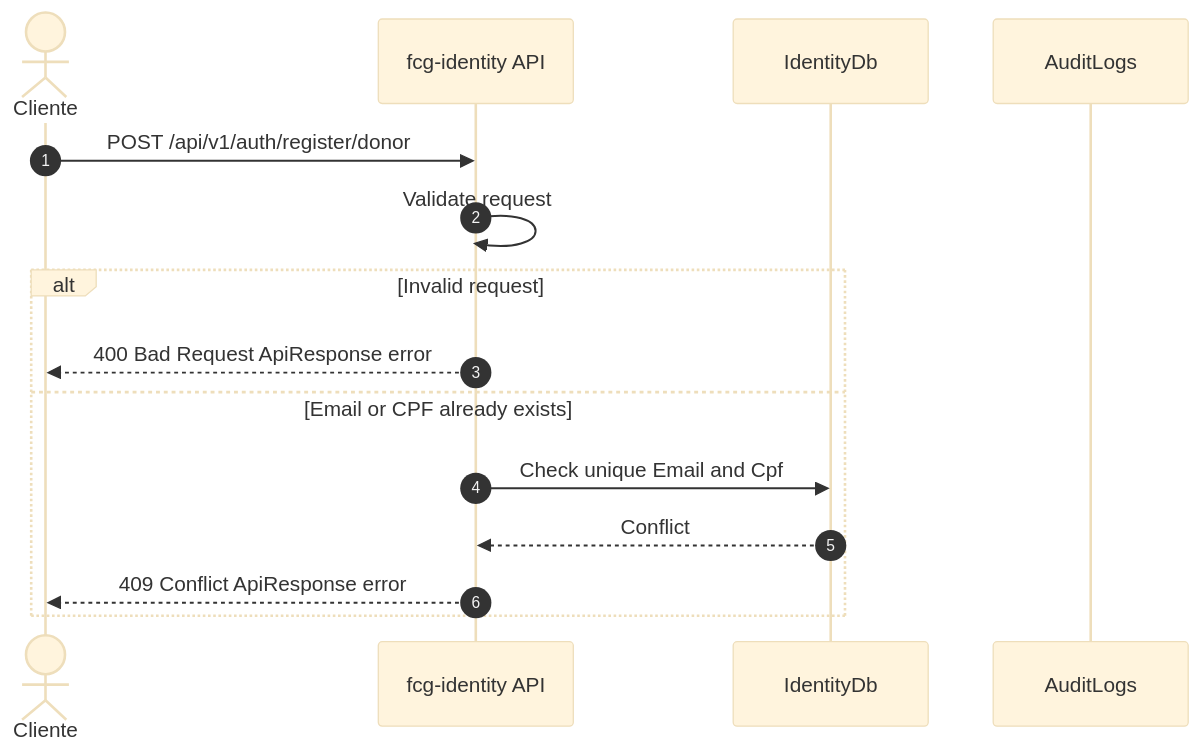
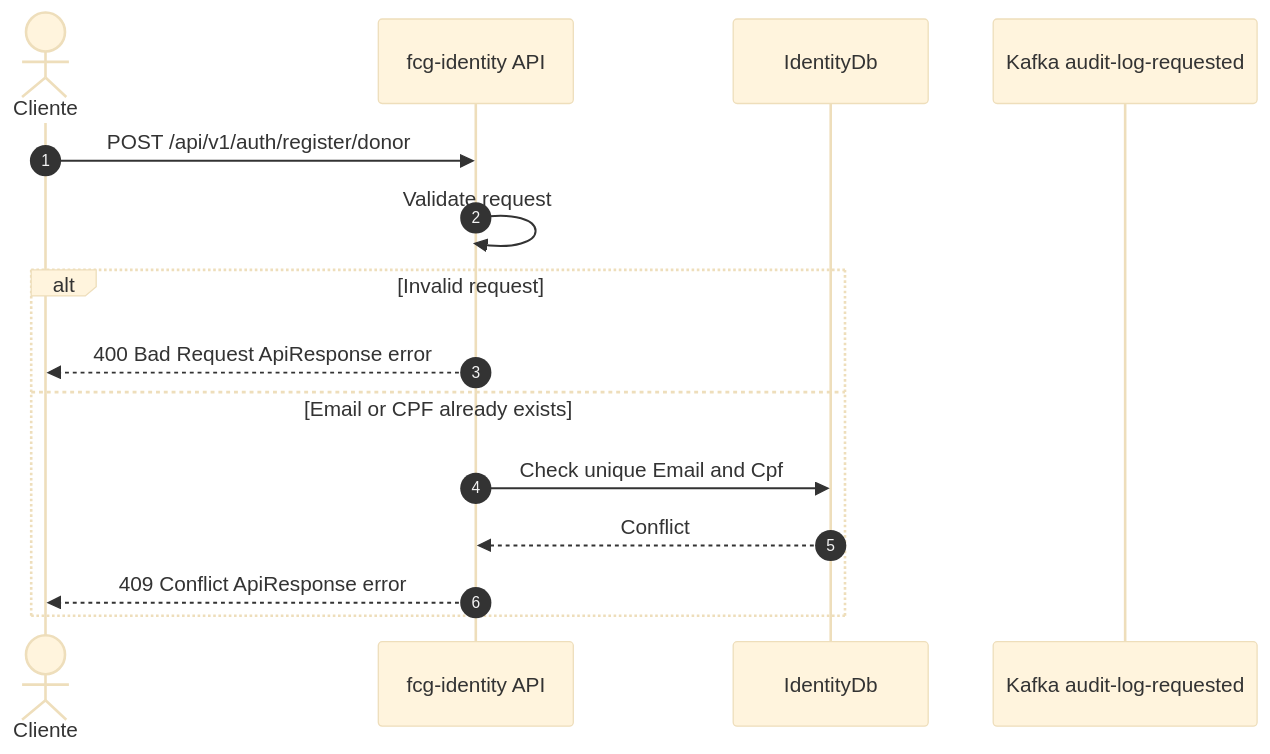
One commit to group10-tc-01/fcs-fase05-docs changed the second of 30 diagrams in architecture/endpoint-flows.md. Above: the diagram before and after it, drawn with Mermaid (base theme). The commit also changed other lines of this file and 15 other files, not shown here.

````diff
--- a/architecture/endpoint-flows.md
+++ b/architecture/endpoint-flows.md
@@ -31,18 +31,18 @@
 ```mermaid
 sequenceDiagram
     autonumber
     actor Client as Cliente
     participant IdentityApi as fcg-identity API
     participant IdentityDb as IdentityDb
-    participant Audit as AuditLogs
+    participant AuditKafka as Kafka audit-log-requested
 
     Client->>IdentityApi: POST /api/v1/auth/register/donor
     IdentityApi->>IdentityApi: Validate request
     alt Invalid request
         IdentityApi-->>Client: 400 Bad Request ApiResponse error
     else Email or CPF already exists
         IdentityApi->>IdentityDb: Check unique Email and Cpf
         IdentityDb-->>IdentityApi: Conflict
         IdentityApi-->>Client: 409 Conflict ApiResponse error
     end
 ```
````
